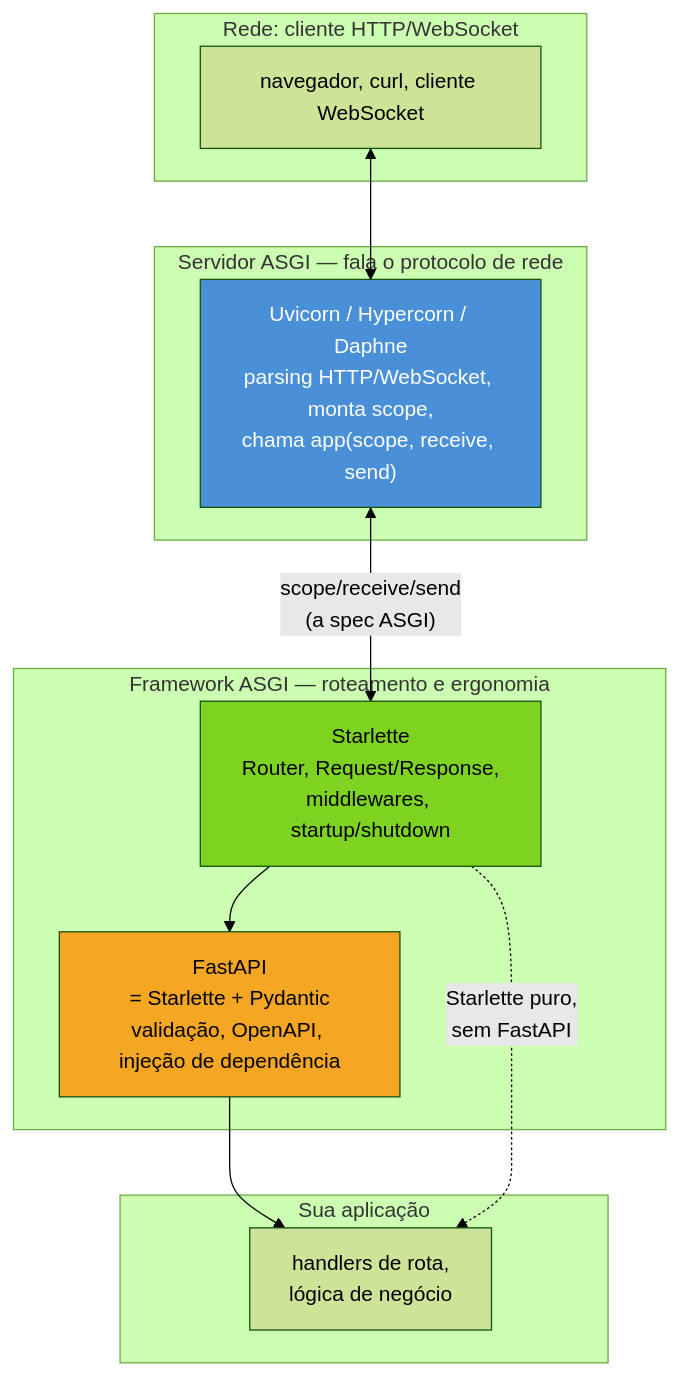
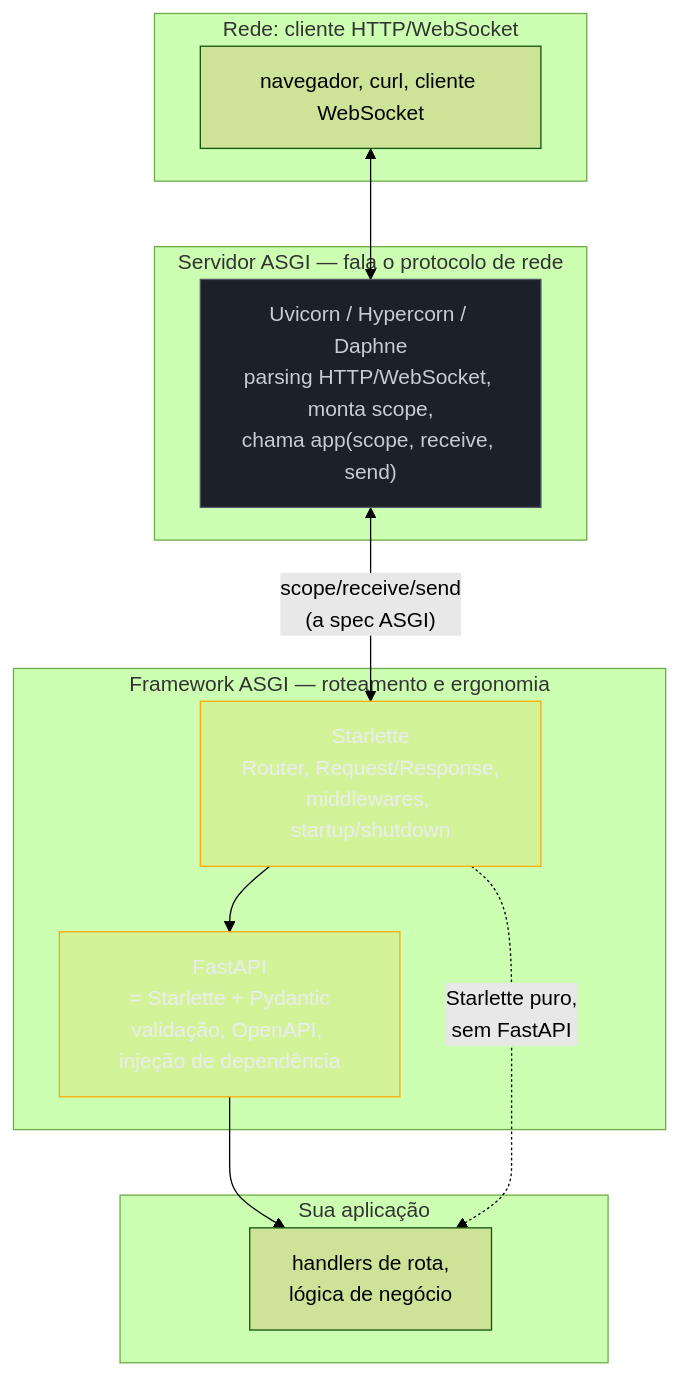
One commit to josenaldo/codex-technomanticus changed the third of 3 diagrams in 03-Dominios/Tecnologia/Python/Programação Reativa e Assíncrona/05 - ASGI e o ecossistema de frameworks assíncronos.md. Above: the diagram before and after it, drawn with Mermaid (forest theme). The commit also changed other lines of this file and 1181 other files, not shown here.

First line of the commit message:
fix(diagramas): paleta do sistema no lugar de cor cravada no markdown

````diff
--- a/03-Dominios/Tecnologia/Python/Programação Reativa e Assíncrona/05 - ASGI e o ecossistema de frameworks assíncronos.md
+++ b/03-Dominios/Tecnologia/Python/Programação Reativa e Assíncrona/05 - ASGI e o ecossistema de frameworks assíncronos.md
@@ -200,29 +202,31 @@
 ```mermaid
 flowchart TB
+    classDef neutro fill:#1B2029,stroke:#4E5666,color:#C6CCD8
+    classDef destaque fill:#FFAA0024,stroke:#FFAA00,color:#E9ECF2
     subgraph Rede["Rede: cliente HTTP/WebSocket"]
         Cliente["navegador, curl, cliente WebSocket"]
     end
 
     subgraph ServidorASGI["Servidor ASGI — fala o protocolo de rede"]
         Uvicorn["Uvicorn / Hypercorn / Daphne<br/>parsing HTTP/WebSocket, monta scope,<br/>chama app(scope, receive, send)"]
     end
 
     subgraph FrameworkASGI["Framework ASGI — roteamento e ergonomia"]
         Starlette["Starlette<br/>Router, Request/Response,<br/>middlewares, startup/shutdown"]
         FastAPI["FastAPI<br/>= Starlette + Pydantic<br/>validação, OpenAPI, injeção de dependência"]
     end
 
     subgraph SuaApp["Sua aplicação"]
         Handlers["handlers de rota,<br/>lógica de negócio"]
     end
 
     Cliente <--> Uvicorn
     Uvicorn <-->|"scope/receive/send<br/>(a spec ASGI)"| Starlette
     Starlette --> FastAPI
     FastAPI --> Handlers
     Starlette -.->|"Starlette puro,<br/>sem FastAPI"| Handlers
 
-    style Uvicorn fill:#4A90D9,color:#fff
-    style Starlette fill:#7ED321,color:#000
-    style FastAPI fill:#F5A623,color:#000
+    class Uvicorn neutro
+    class Starlette destaque
+    class FastAPI destaque
 ```
````
